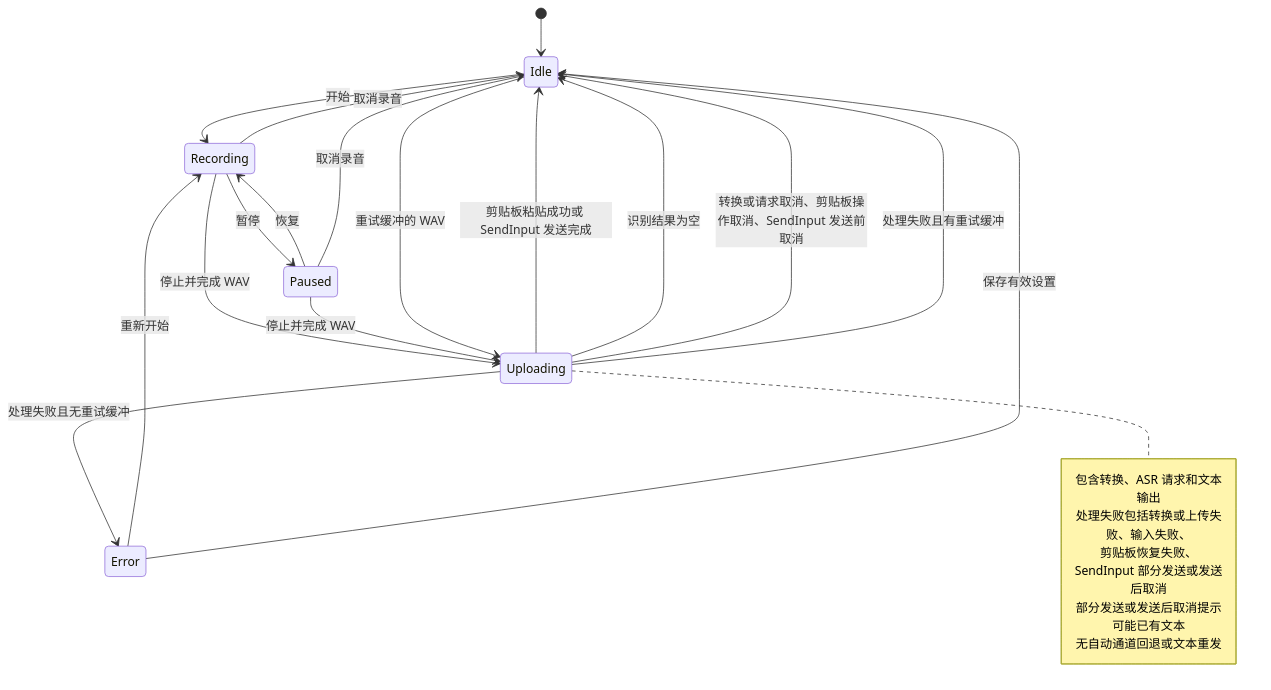
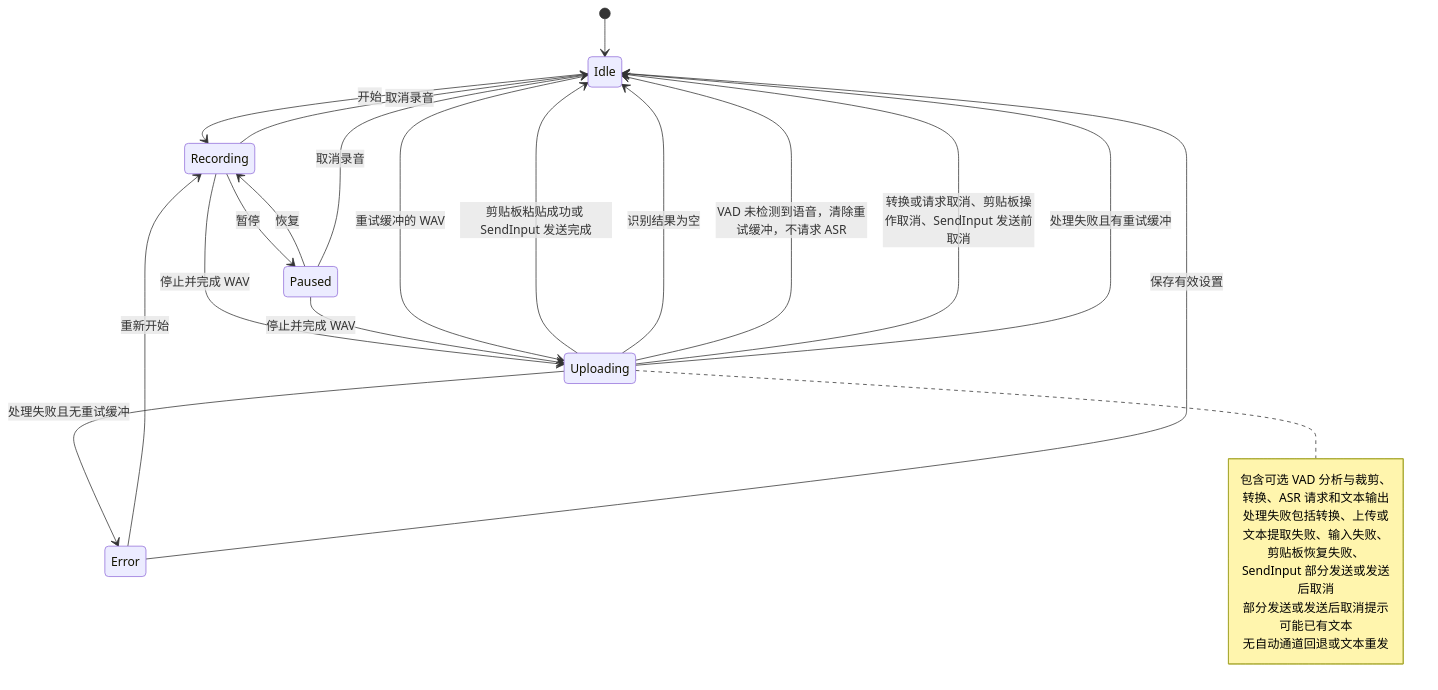
Before and after one commit to Joey-Kot/STT-for-Windows: the third of 3 diagrams in README_ZH.md, drawn with Mermaid. The commit also changed other lines of this file and 12 other files, not shown here.

````diff
--- a/README_ZH.md
+++ b/README_ZH.md
@@ -189,34 +227,35 @@
 ```mermaid
 stateDiagram-v2
     [*] --> Idle
 
     Idle --> Recording: 开始
     Error --> Recording: 重新开始
 
     Recording --> Paused: 暂停
     Paused --> Recording: 恢复
 
     Recording --> Uploading: 停止并完成 WAV
     Paused --> Uploading: 停止并完成 WAV
 
     Idle --> Uploading: 重试缓冲的 WAV
 
     Recording --> Idle: 取消录音
     Paused --> Idle: 取消录音
 
     Uploading --> Idle: 剪贴板粘贴成功或 SendInput 发送完成
     Uploading --> Idle: 识别结果为空
+    Uploading --> Idle: VAD 未检测到语音，清除重试缓冲，不请求 ASR
     Uploading --> Idle: 转换或请求取消、剪贴板操作取消、SendInput 发送前取消
     Uploading --> Idle: 处理失败且有重试缓冲
     Uploading --> Error: 处理失败且无重试缓冲
 
     note right of Uploading
-        包含转换、ASR 请求和文本输出
-        处理失败包括转换或上传失败、输入失败、
+        包含可选 VAD 分析与裁剪、转换、ASR 请求和文本输出
+        处理失败包括转换、上传或文本提取失败、输入失败、
         剪贴板恢复失败、SendInput 部分发送或发送后取消
         部分发送或发送后取消提示可能已有文本
         无自动通道回退或文本重发
     end note
 
     Error --> Idle: 保存有效设置
 ```
````
